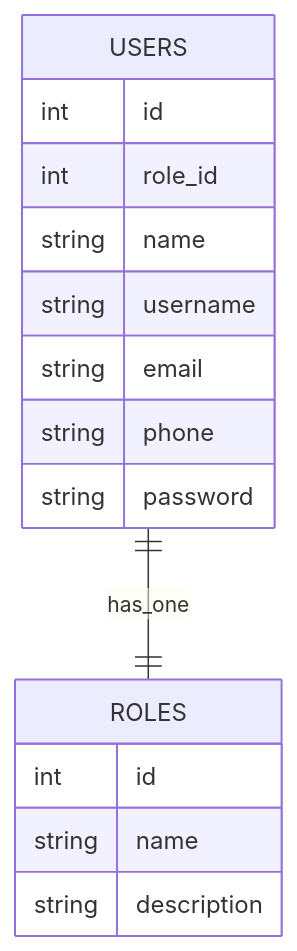
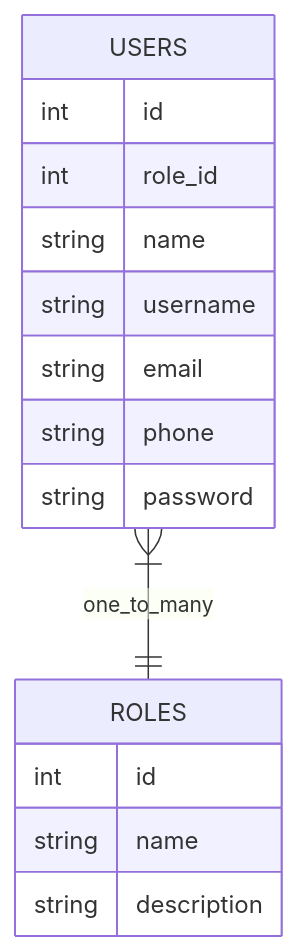
Before and after one commit to aasumitro/posbe: the diagram in internal/account/ENTITY_DIAGRAM.md, drawn with Mermaid. The commit also changed other lines of this file and 19 other files, not shown here.

````diff
--- a/internal/account/ENTITY_DIAGRAM.md
+++ b/internal/account/ENTITY_DIAGRAM.md
@@ -3,19 +3,20 @@
 ```mermaid
 erDiagram
     ROLES {
         int id
         string name
         string description
     }
     
-    USERS ||--|| ROLES : has_one
     USERS {
         int id
         int role_id
         string name
         string username
         string email
         string phone
         string password
     }
+    
+    USERS }|--|| ROLES : one_to_many
 ```
````
